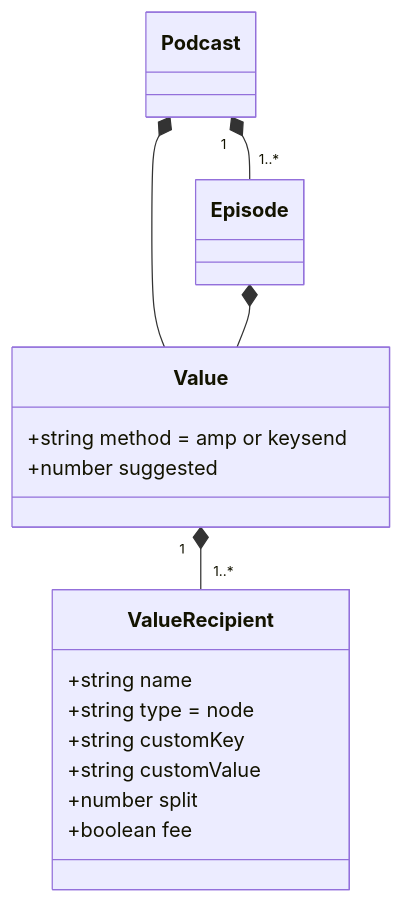
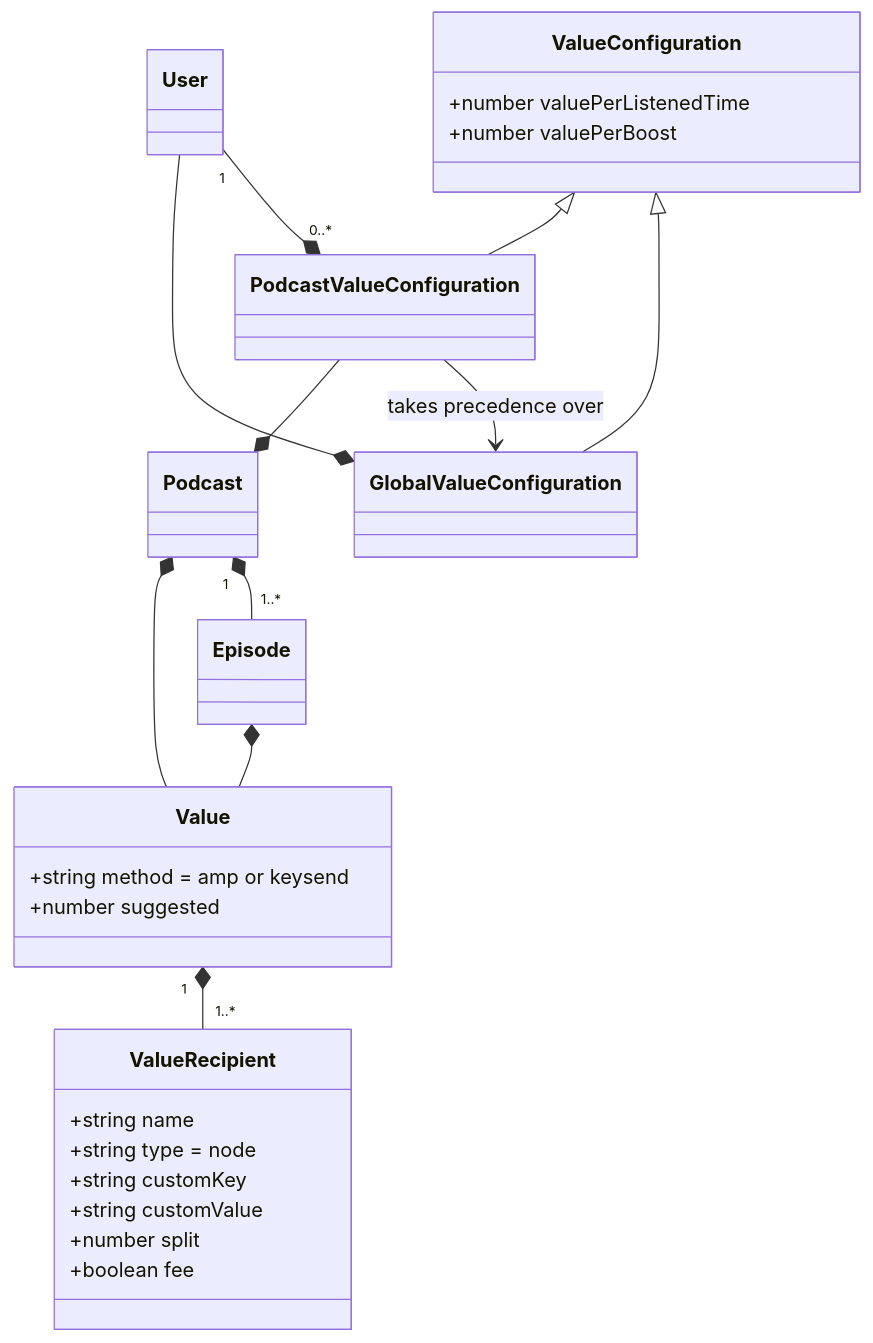
Before and after one commit to podStation/podcast-dev-docs: the diagram in docs/monetization-lightning/data-models.md, drawn with Mermaid.

Commit message:
Monetization LN: Added value configuration to data model

````diff
--- a/docs/monetization-lightning/data-models.md
+++ b/docs/monetization-lightning/data-models.md
@@ -3,21 +3,32 @@
 ```mermaid
 classDiagram
     Podcast *-- Value
     Podcast "1" *-- "1..*" Episode
     Episode *-- Value
     Value "1" *-- "1..*" ValueRecipient
+    User --* GlobalValueConfiguration
+    User "1" --* "0..*" PodcastValueConfiguration
+    PodcastValueConfiguration --* Podcast
+    ValueConfiguration <|-- PodcastValueConfiguration
+    ValueConfiguration <|-- GlobalValueConfiguration
+    PodcastValueConfiguration --> GlobalValueConfiguration: takes precedence over
 
     class Value {
         +string method = amp or keysend
         +number suggested
+    }
+
+    class ValueConfiguration {
+        +number valuePerListenedTime
+        +number valuePerBoost
     }
 
     class ValueRecipient {
         +string name
         +string type = node
         +string customKey
         +string customValue
         +number split
         +boolean fee
     }
 ```
````
